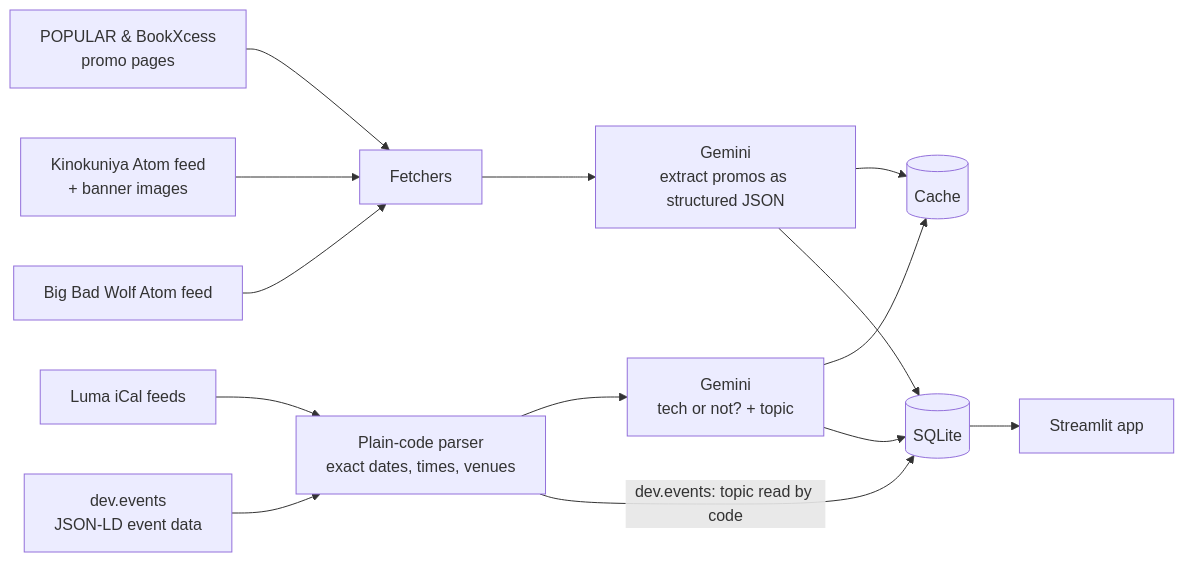
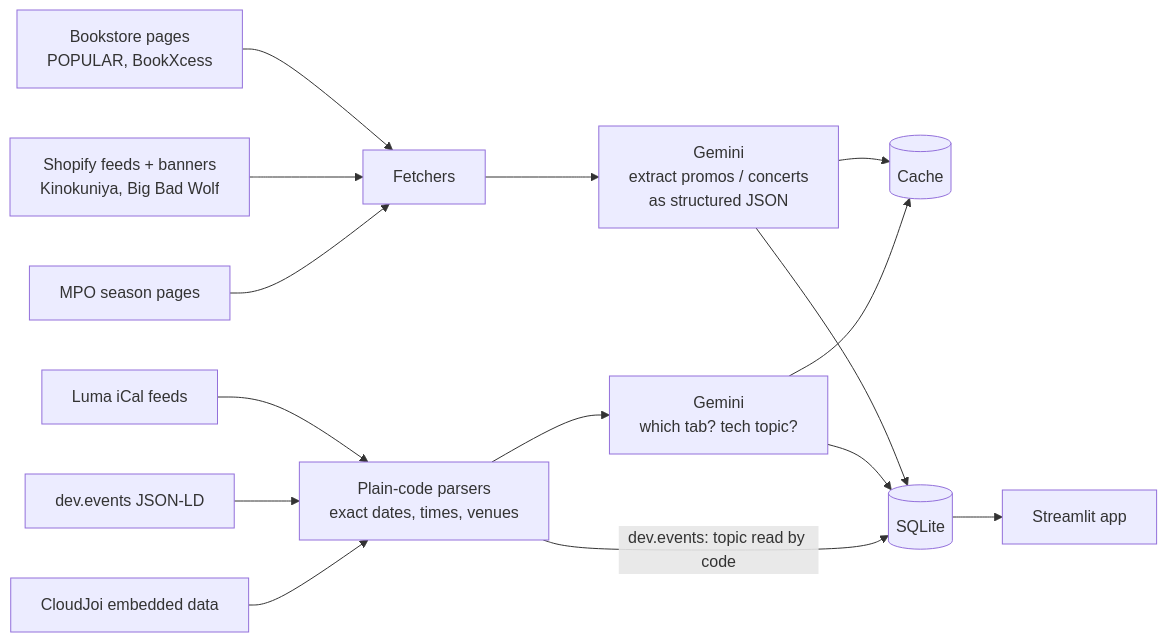
One commit to mIkhwan-hubgit/events-promos-helper changed the diagram in README.md. Above: the diagram before and after it, drawn with Mermaid. The commit also changed other lines of this file and 6 other files, not shown here.

````diff
--- a/README.md
+++ b/README.md
@@ -25,16 +26,17 @@
 ```mermaid
 flowchart LR
-    A["POPULAR & BookXcess<br/>promo pages"] --> F["Fetchers"]
-    B["Kinokuniya Atom feed<br/>+ banner images"] --> F
-    H["Big Bad Wolf Atom feed"] --> F
-    C["Luma iCal feeds"] --> P["Plain-code parser<br/>exact dates, times, venues"]
-    E["dev.events<br/>JSON-LD event data"] --> P
-    F --> G["Gemini<br/>extract promos as structured JSON"]
-    P --> T["Gemini<br/>tech or not? + topic"]
-    P -->|"dev.events: topic read by code"| D
+    A["Bookstore pages<br/>POPULAR, BookXcess"] --> F["Fetchers"]
+    B["Shopify feeds + banners<br/>Kinokuniya, Big Bad Wolf"] --> F
+    M["MPO season pages"] --> F
+    C["Luma iCal feeds"] --> P["Plain-code parsers<br/>exact dates, times, venues"]
+    E["dev.events JSON-LD"] --> P
+    J["CloudJoi embedded data"] --> P
+    F --> G["Gemini<br/>extract promos / concerts<br/>as structured JSON"]
+    P --> T["Gemini<br/>which tab? tech topic?"]
     G --> K[("Cache")]
     T --> K
     G --> D[("SQLite")]
     T --> D
+    P -->|"dev.events: topic read by code"| D
     D --> S["Streamlit app"]
 ```
````
